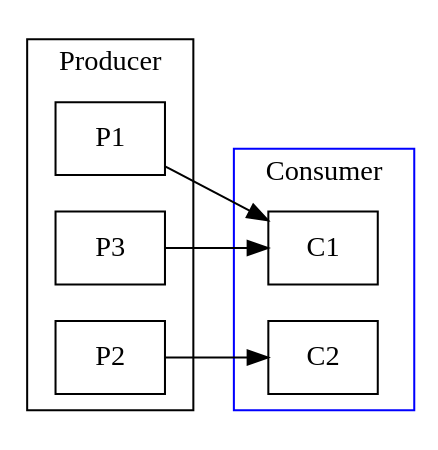
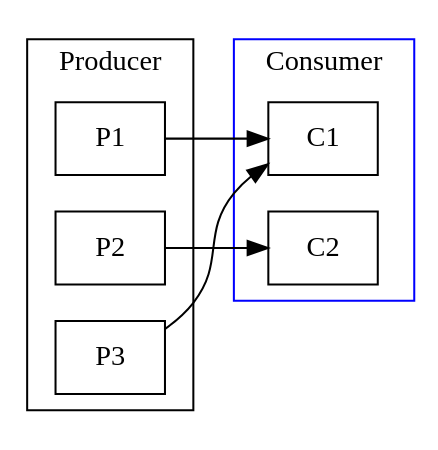
Before and after one commit to liumingc/figures: the diagram in test1.gv, drawn with Graphviz.

Commit message:
Update test1.gv
Add `constraint=false` to keep nodes' ordering.

```diff
--- a/test1.gv
+++ b/test1.gv
@@ -1,25 +1,25 @@
 digraph Test {
   node [shape="box"];
   rankdir = LR;
   subgraph cluster0 {
     label = "Producer";
     color=black;
     rank=same;
     rankdir=TD;
     P1;
     P2;
     P3;
   }
 
   subgraph cluster1 {
     label="Consumer";
     color=blue;
     C1;
     C2;
   }
 
 
   P1 -> C1;
-  P2 -> C2;
-  P3 -> C1;
+  P2 -> C2 [constraint=false];
+  P3 -> C1 [constraint=false];
 }
```
